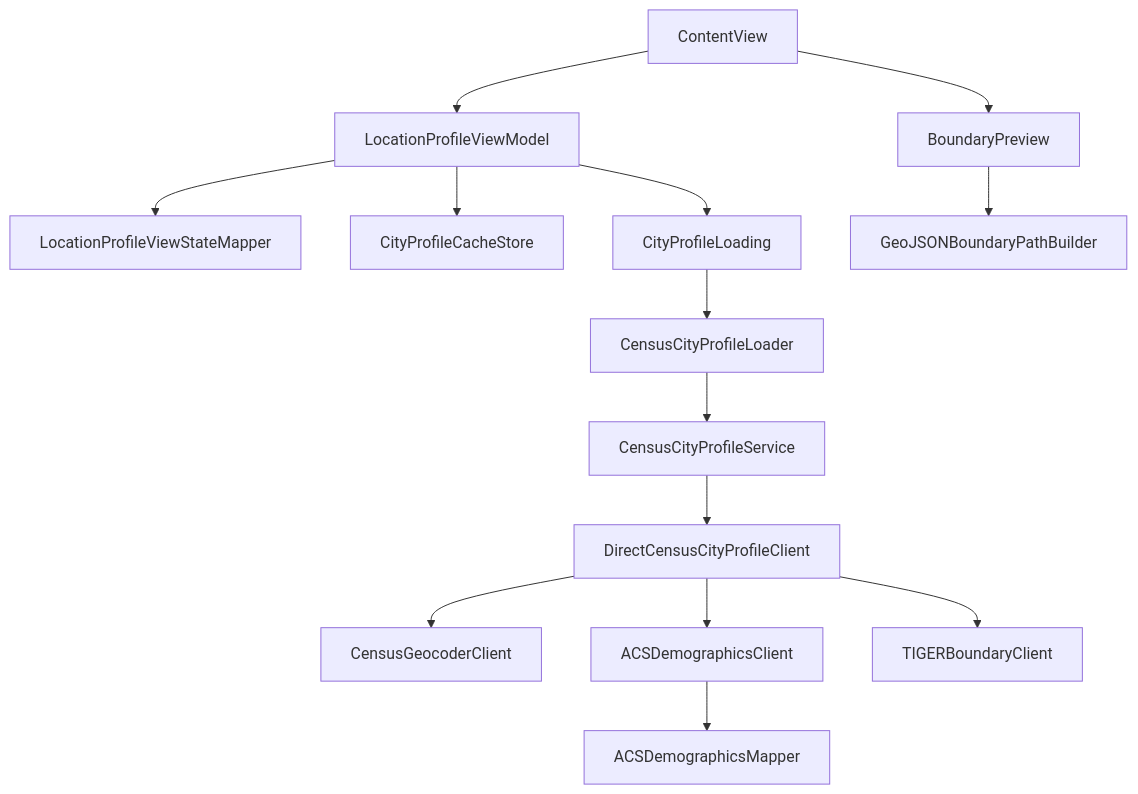
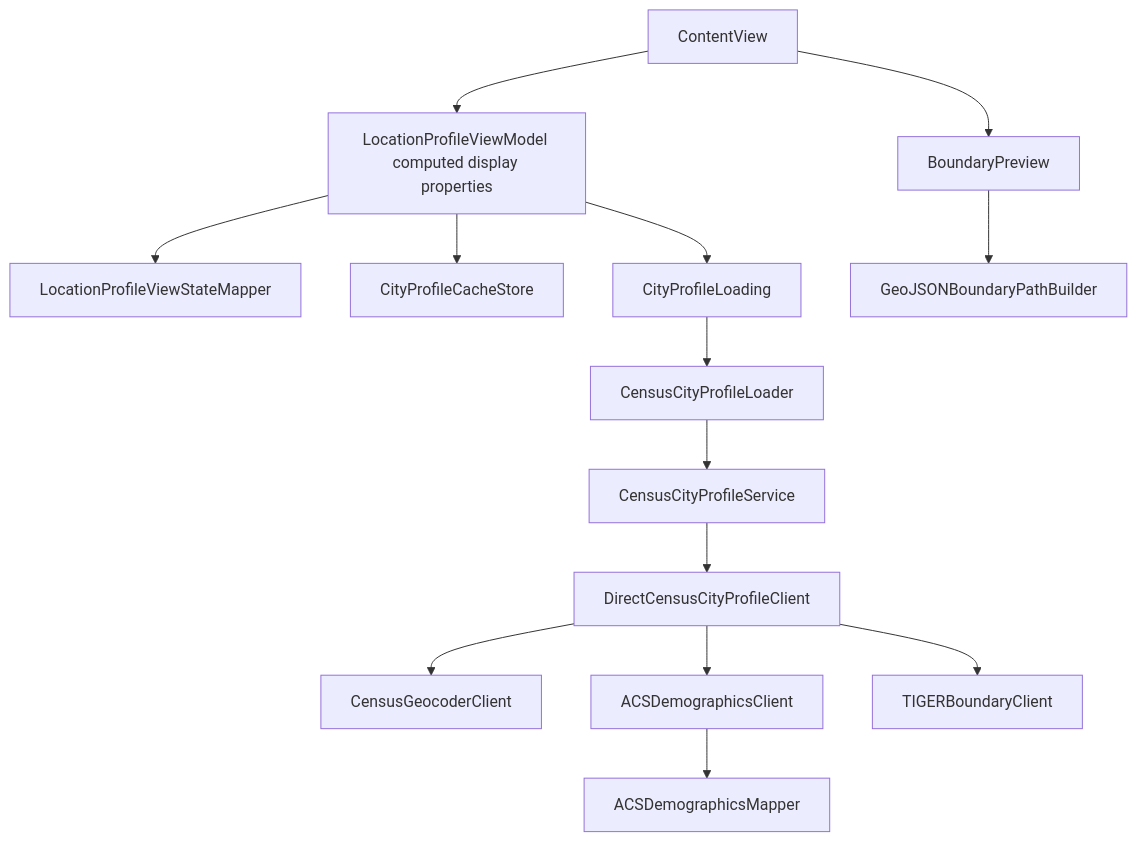
Before and after one commit to ChrisMahlke/lociq: the diagram in README.md, drawn with Mermaid. The commit also changed other lines of this file and 2 other files, not shown here.

Commit message:
Correct architecture documentation

````diff
--- a/README.md
+++ b/README.md
@@ -33,16 +33,16 @@
 ```mermaid
 flowchart TD
-    A[ContentView] --> B[LocationProfileViewModel]
+    A[ContentView] --> B[LocationProfileViewModel computed display properties]
     B --> C[LocationProfileViewStateMapper]
     B --> D[CityProfileCacheStore]
     B --> E[CityProfileLoading]
     E --> F[CensusCityProfileLoader]
     F --> G[CensusCityProfileService]
     G --> H[DirectCensusCityProfileClient]
     H --> I[CensusGeocoderClient]
     H --> J[ACSDemographicsClient]
     H --> K[TIGERBoundaryClient]
     J --> L[ACSDemographicsMapper]
     A --> M[BoundaryPreview]
     M --> N[GeoJSONBoundaryPathBuilder]
 ```
````
